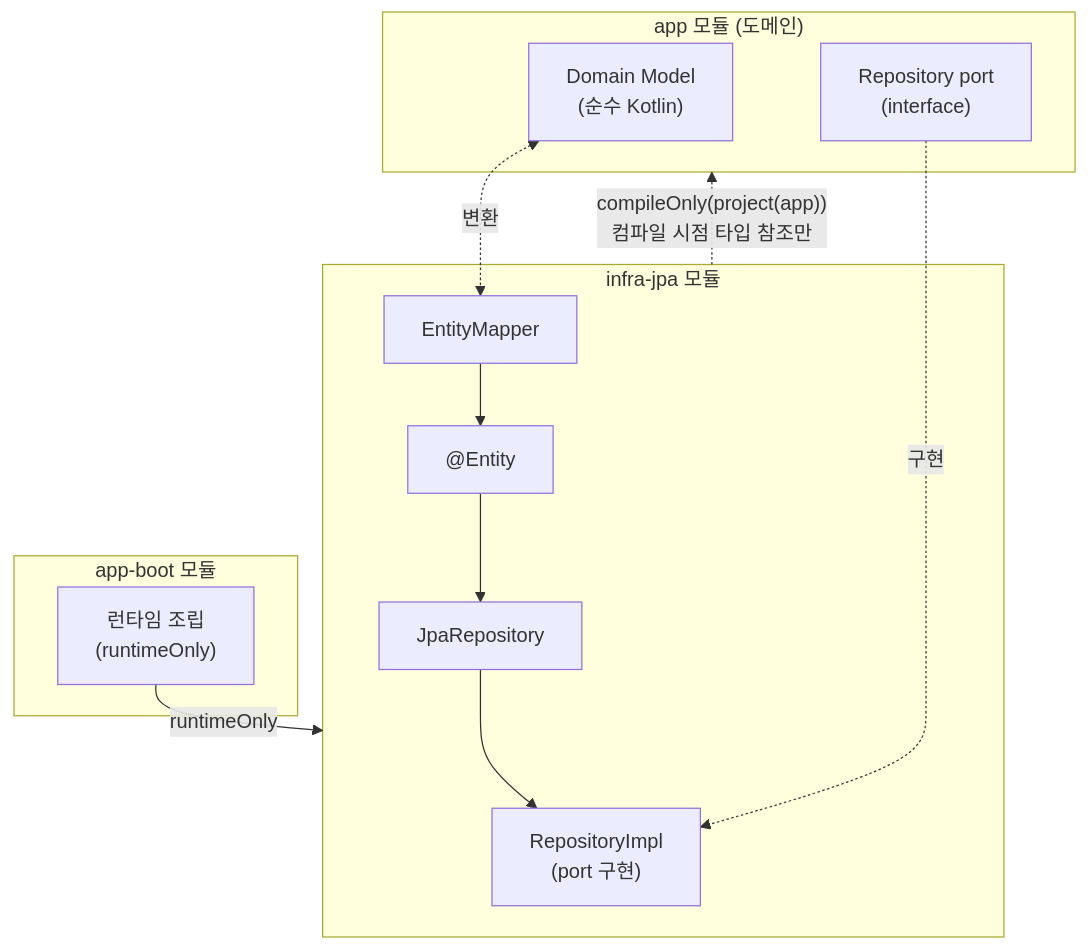
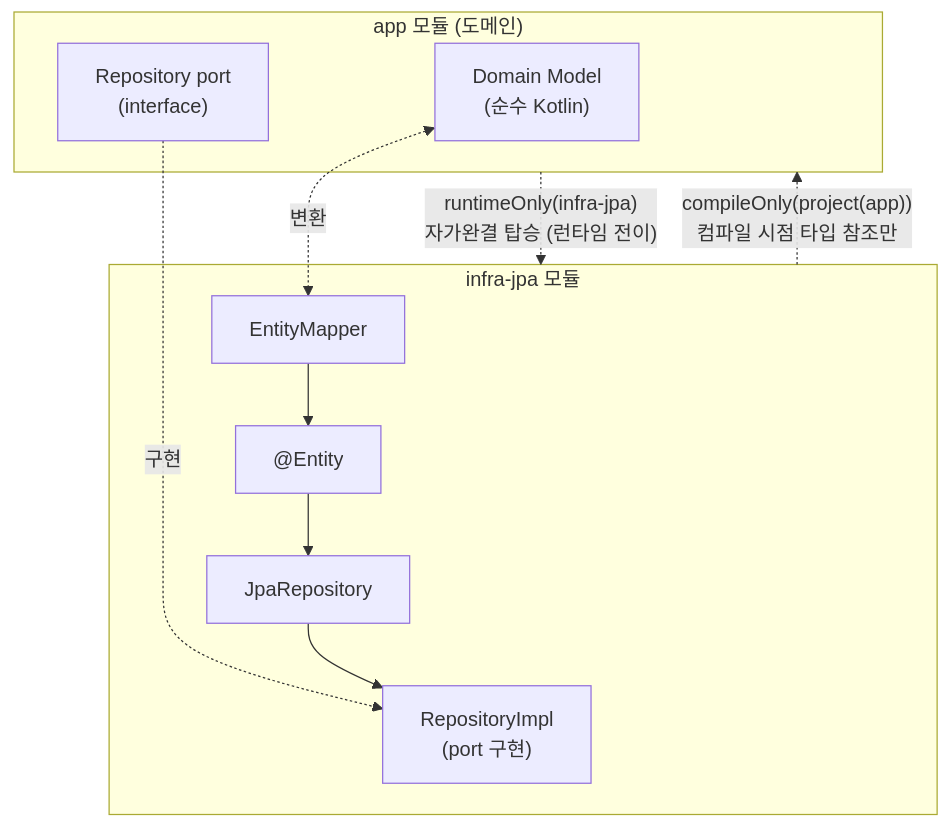
One commit to e-build/my-agent-prompt changed the sixth of 6 diagrams in resources/skills/dev/me-refactor-layered-arch/refs/application-architecture.md. Above: the diagram before and after it, drawn with Mermaid. The commit also changed other lines of this file and 2 other files, not shown here.

````diff
--- a/resources/skills/dev/me-refactor-layered-arch/refs/application-architecture.md
+++ b/resources/skills/dev/me-refactor-layered-arch/refs/application-architecture.md
@@ -447,25 +447,21 @@
 ```mermaid
 flowchart TB
     subgraph app["app 모듈 (도메인)"]
         DomainModel["Domain Model<br/>(순수 Kotlin)"]
         Port["Repository port<br/>(interface)"]
     end
 
     subgraph infra-jpa["infra-jpa 모듈"]
         Adapter["RepositoryImpl<br/>(port 구현)"]
         Entity["@Entity"]
         Mapper["EntityMapper"]
         JpaRepo["JpaRepository"]
     end
 
-    subgraph boot["app-boot 모듈"]
-        Assemble["런타임 조립<br/>(runtimeOnly)"]
-    end
-
     Port -.->|구현| Adapter
     DomainModel <-.->|변환| Mapper
     Mapper --> Entity
     Entity --> JpaRepo --> Adapter
     infra-jpa -.->|"compileOnly(project(app))<br/>컴파일 시점 타입 참조만"| app
-    Assemble -->|runtimeOnly| infra-jpa
+    app -.->|"runtimeOnly(infra-jpa)<br/>자가완결 탑승 (런타임 전이)"| infra-jpa
 ```
````
